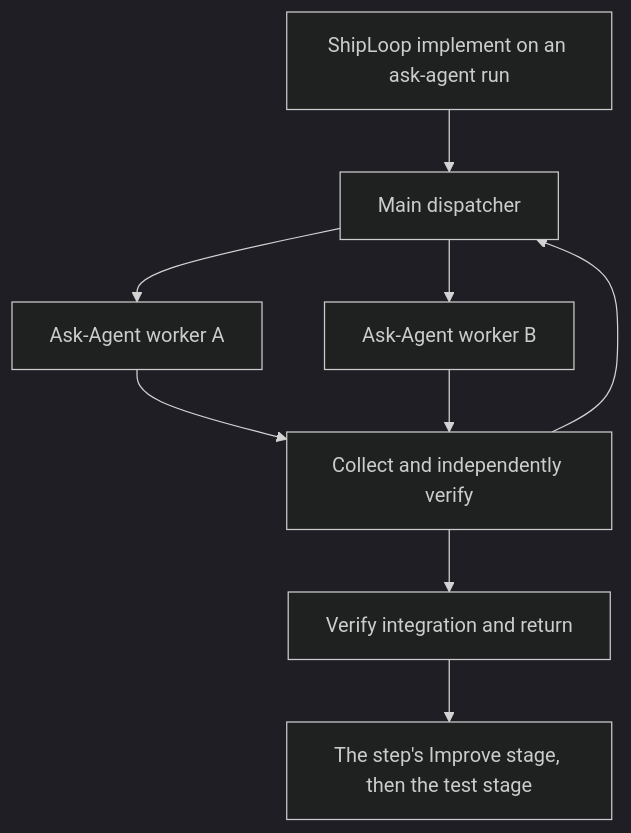
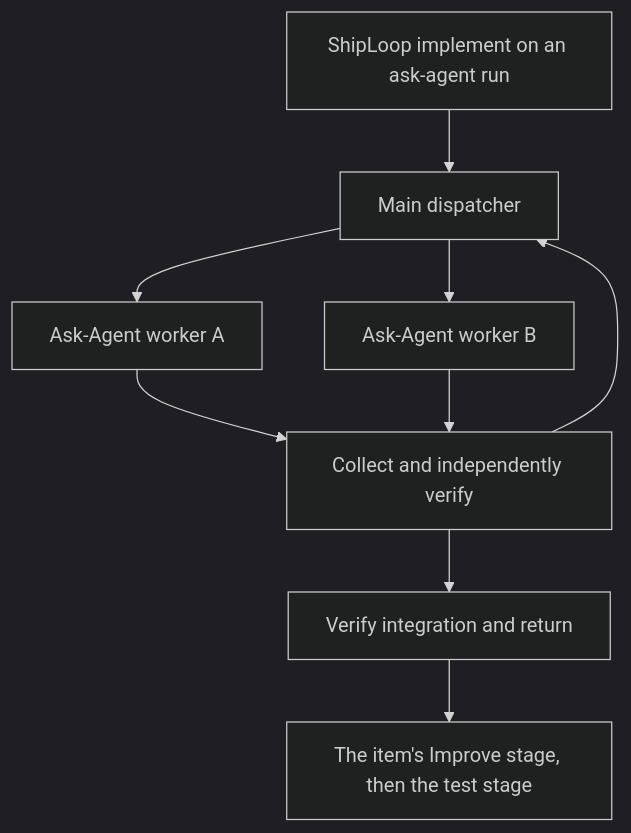
The diagram in skills/shiploop/references/parallel-chain.md (whichguy/skill-craft), drawn with Mermaid (dark theme) before and after one commit. The commit also changed 42 other files, not shown here.

````diff
--- a/skills/shiploop/references/parallel-chain.md
+++ b/skills/shiploop/references/parallel-chain.md
@@ -25,11 +25,11 @@
 ```mermaid
 flowchart TD
     S[ShipLoop implement on an ask-agent run] --> D[Main dispatcher]
     D --> A[Ask-Agent worker A]
     D --> B[Ask-Agent worker B]
     A --> V[Collect and independently verify]
     B --> V
     V --> D
     V --> J[Verify integration and return]
-    J --> I[The step's Improve stage, then the test stage]
+    J --> I[The item's Improve stage, then the test stage]
 ```
````
